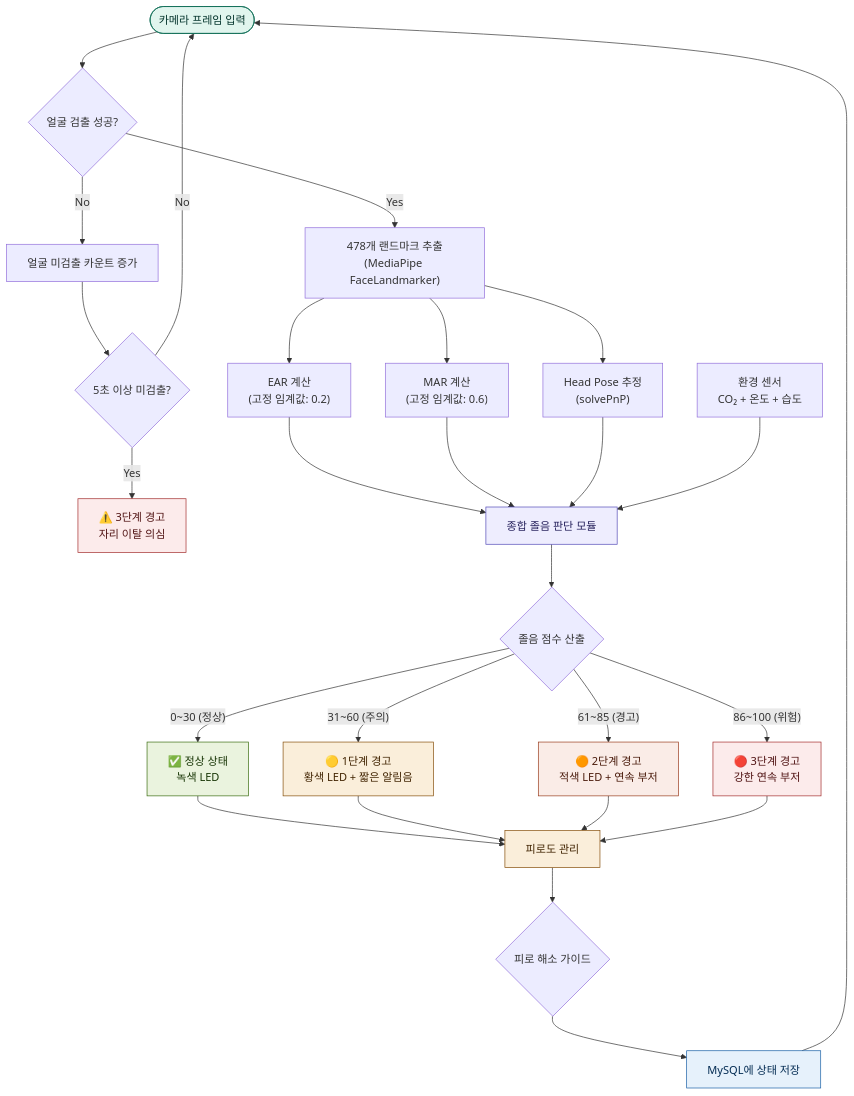
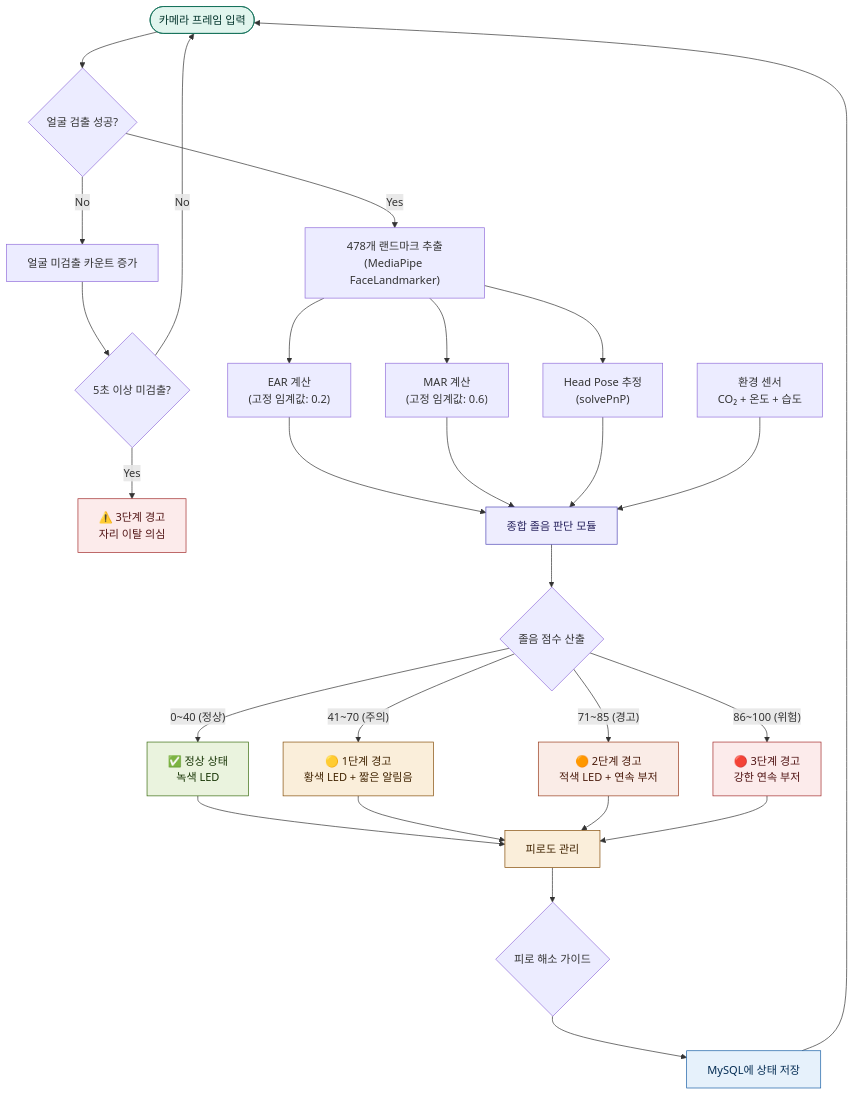
Before and after one commit to pgh165/capstone: the fifth of 11 diagrams in project.md, drawn with Mermaid. The commit also changed other lines of this file and 6 other files, not shown here.

````diff
--- a/project.md
+++ b/project.md
@@ -225,42 +225,42 @@
 ```mermaid
 flowchart TD
     START(["카메라 프레임 입력"]) --> FACE{"얼굴 검출 성공?"}
     FACE -- No --> NOFACE["얼굴 미검출 카운트 증가"]
     NOFACE --> NCHECK{"5초 이상 미검출?"}
     NCHECK -- Yes --> ALERT3["⚠️ 3단계 경고<br/>자리 이탈 의심"]
     NCHECK -- No --> START
 
     FACE -- Yes --> LANDMARK["478개 랜드마크 추출<br/>(MediaPipe FaceLandmarker)"]
     LANDMARK --> EAR["EAR 계산<br/>(고정 임계값: 0.2)"]
     LANDMARK --> MAR["MAR 계산<br/>(고정 임계값: 0.6)"]
     LANDMARK --> HEAD["Head Pose 추정<br/>(solvePnP)"]
 
     EAR --> JUDGE["종합 졸음 판단 모듈"]
     MAR --> JUDGE
     HEAD --> JUDGE
     ENV["환경 센서<br/>CO₂ + 온도 + 습도"] --> JUDGE
 
     JUDGE --> SCORE{"졸음 점수 산출"}
-    SCORE -- "0~30 (정상)" --> LEVEL0["✅ 정상 상태<br/>녹색 LED"]
-    SCORE -- "31~60 (주의)" --> LEVEL1["🟡 1단계 경고<br/>황색 LED + 짧은 알림음"]
-    SCORE -- "61~85 (경고)" --> LEVEL2["🟠 2단계 경고<br/>적색 LED + 연속 부저"]
+    SCORE -- "0~40 (정상)" --> LEVEL0["✅ 정상 상태<br/>녹색 LED"]
+    SCORE -- "41~70 (주의)" --> LEVEL1["🟡 1단계 경고<br/>황색 LED + 짧은 알림음"]
+    SCORE -- "71~85 (경고)" --> LEVEL2["🟠 2단계 경고<br/>적색 LED + 연속 부저"]
     SCORE -- "86~100 (위험)" --> LEVEL3["🔴 3단계 경고<br/>강한 연속 부저"]
 
     LEVEL0 --> FATIGUE["피로도 관리"]
     LEVEL1 --> FATIGUE
     LEVEL2 --> FATIGUE
     LEVEL3 --> FATIGUE
     FATIGUE --> GUIDE{"피로 해소 가이드"}
     GUIDE --> DBSAVE["MySQL에 상태 저장"]
     DBSAVE --> START
 
     style START fill:#E1F5EE,stroke:#0F6E56,color:#04342C
     style JUDGE fill:#EEEDFE,stroke:#534AB7,color:#26215C
     style FATIGUE fill:#FAEEDA,stroke:#854F0B,color:#412402
     style DBSAVE fill:#E6F1FB,stroke:#185FA5,color:#042C53
     style LEVEL0 fill:#EAF3DE,stroke:#3B6D11,color:#173404
     style LEVEL1 fill:#FAEEDA,stroke:#854F0B,color:#412402
     style LEVEL2 fill:#FAECE7,stroke:#993C1D,color:#4A1B0C
     style LEVEL3 fill:#FCEBEB,stroke:#A32D2D,color:#501313
     style ALERT3 fill:#FCEBEB,stroke:#A32D2D,color:#501313
 ```
````
